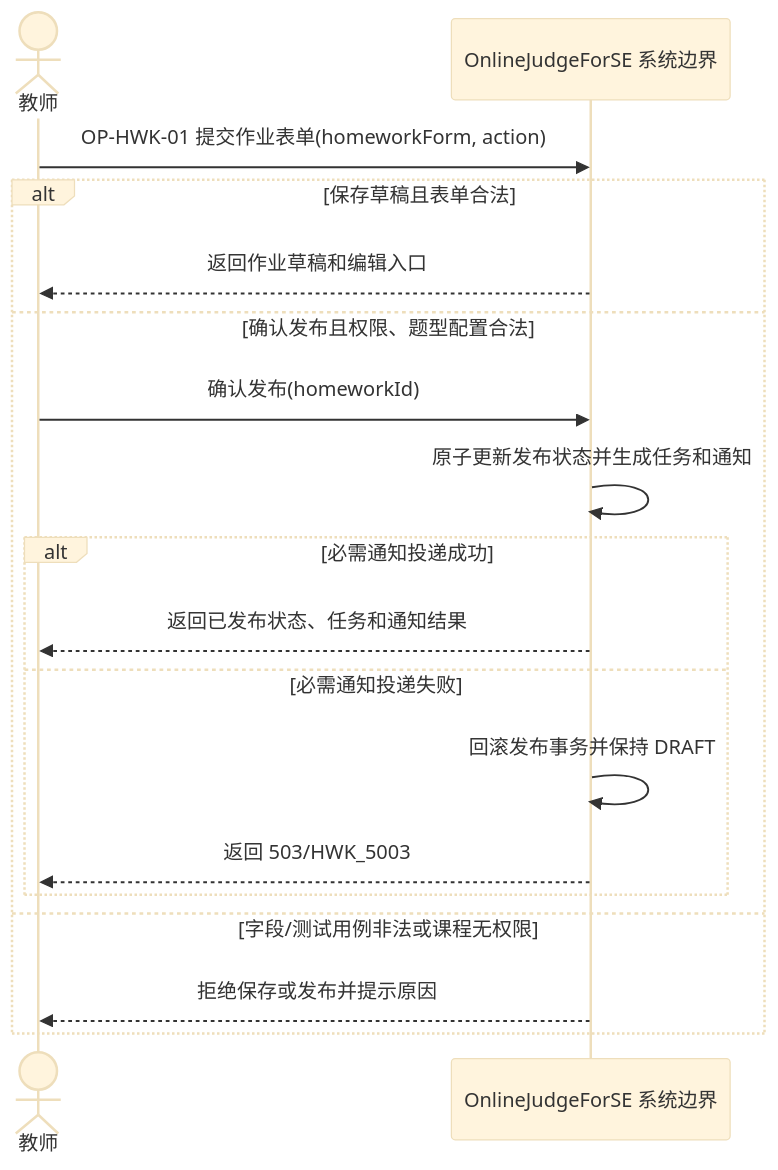
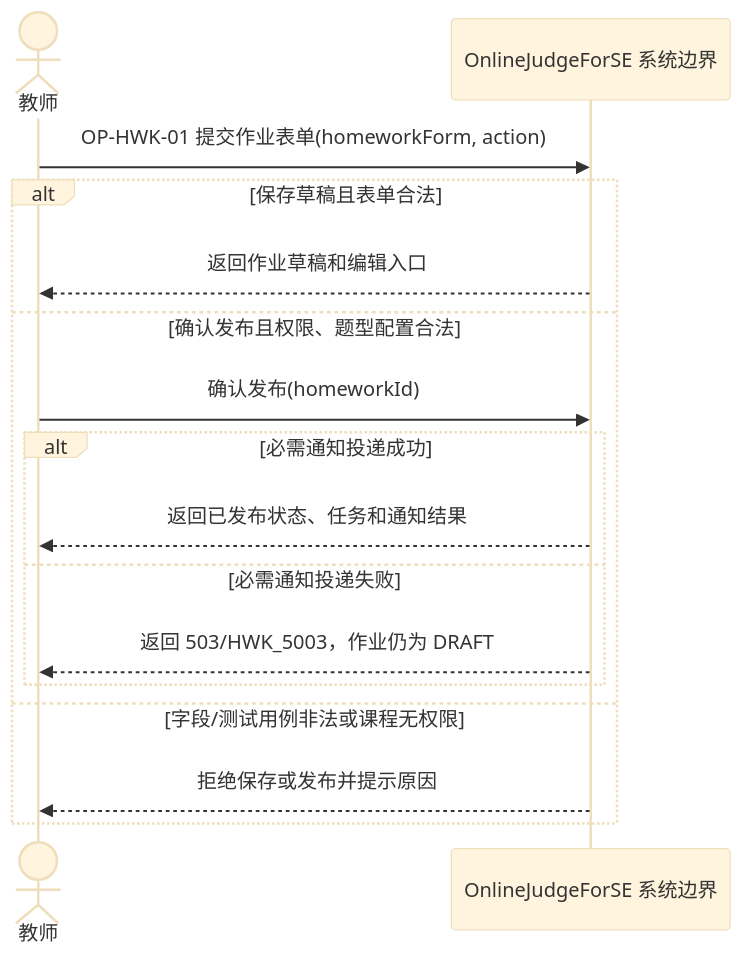
The diagram in docs/diagrams/srs/fig_4_14b_hwk_publish_ssd.mmd (Cr4zyorange/OnlineJudge), drawn with Mermaid (base theme) before and after one commit. The commit also changed 11 other files, not shown here.

```diff
--- a/docs/diagrams/srs/fig_4_14b_hwk_publish_ssd.mmd
+++ b/docs/diagrams/srs/fig_4_14b_hwk_publish_ssd.mmd
@@ -1,18 +1,16 @@
 sequenceDiagram
   actor Teacher as 教师
   participant System as OnlineJudgeForSE 系统边界
   Teacher->>System: OP-HWK-01 提交作业表单(homeworkForm, action)
   alt 保存草稿且表单合法
     System-->>Teacher: 返回作业草稿和编辑入口
   else 确认发布且权限、题型配置合法
     Teacher->>System: 确认发布(homeworkId)
-    System->>System: 原子更新发布状态并生成任务和通知
     alt 必需通知投递成功
       System-->>Teacher: 返回已发布状态、任务和通知结果
     else 必需通知投递失败
-      System->>System: 回滚发布事务并保持 DRAFT
-      System-->>Teacher: 返回 503/HWK_5003
+      System-->>Teacher: 返回 503/HWK_5003，作业仍为 DRAFT
     end
   else 字段/测试用例非法或课程无权限
     System-->>Teacher: 拒绝保存或发布并提示原因
   end
```
